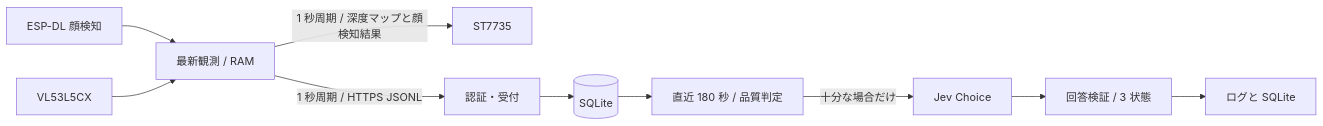
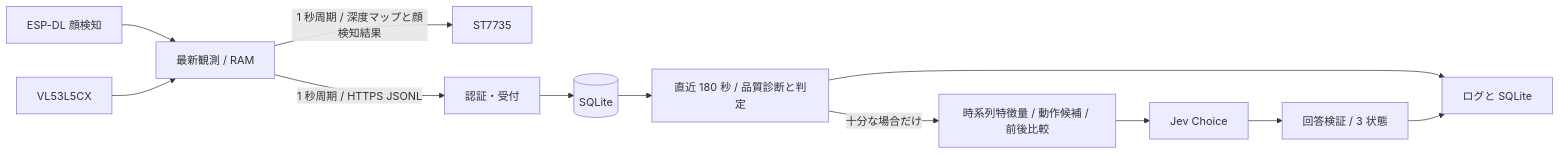
One commit to tkumata/prone-guard changed the diagram in docs/current/DESIGN.md. Above: the diagram before and after it, drawn with Mermaid. The commit also changed other lines of this file and 3 other files, not shown here.

````diff
--- a/docs/current/DESIGN.md
+++ b/docs/current/DESIGN.md
@@ -13,12 +13,14 @@
 ```mermaid
 flowchart LR
   Face[ESP-DL 顔検知] --> Snapshot[最新観測 / RAM]
   Depth[VL53L5CX] --> Snapshot
   Snapshot -->|1 秒周期 / 深度マップと顔検知結果| TFT[ST7735]
   Snapshot -->|1 秒周期 / HTTPS JSONL| API[認証・受付]
   API --> SQLite[(SQLite)]
-  SQLite --> Quality[直近 180 秒 / 品質判定]
-  Quality -->|十分な場合だけ| Jev[Jev Choice]
+  SQLite --> Quality[直近 180 秒 / 品質診断と判定]
+  Quality -->|十分な場合だけ| Features[時系列特徴量 / 動作候補 / 前後比較]
+  Features --> Jev[Jev Choice]
   Jev --> Validate[回答検証 / 3 状態]
+  Quality --> Results[ログと SQLite]
   Validate --> Results[ログと SQLite]
 ```
````
